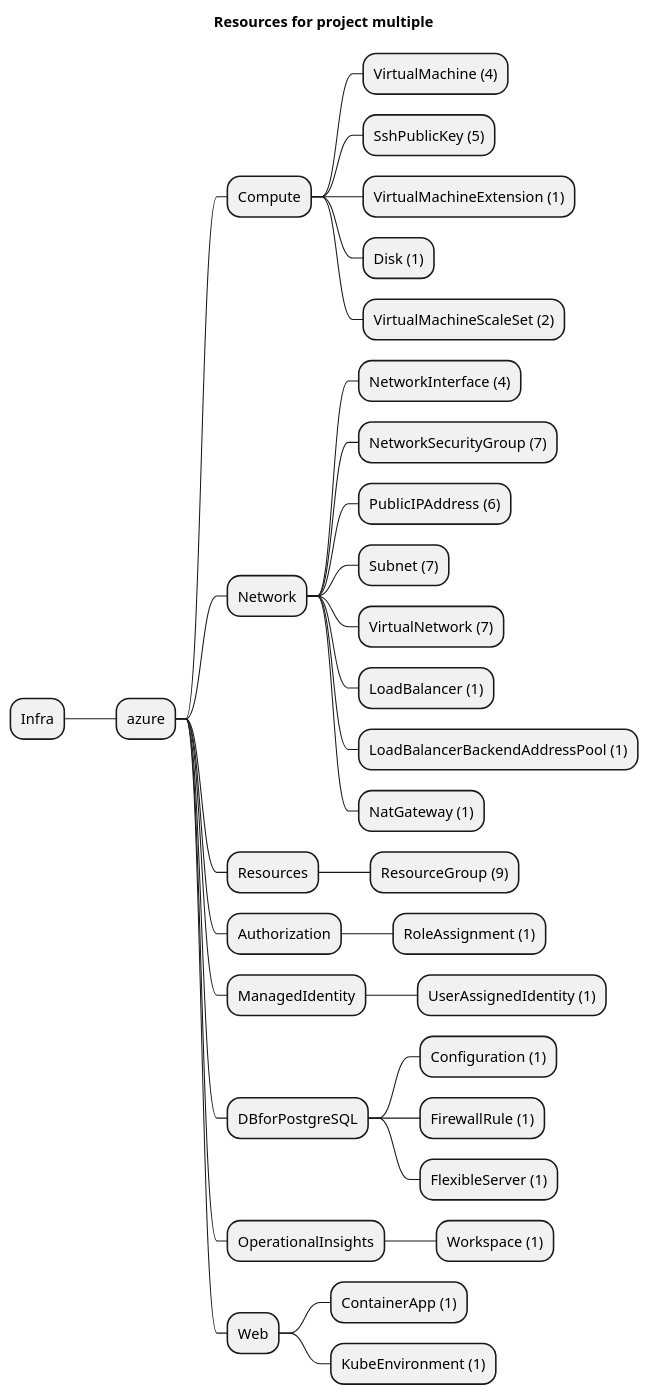
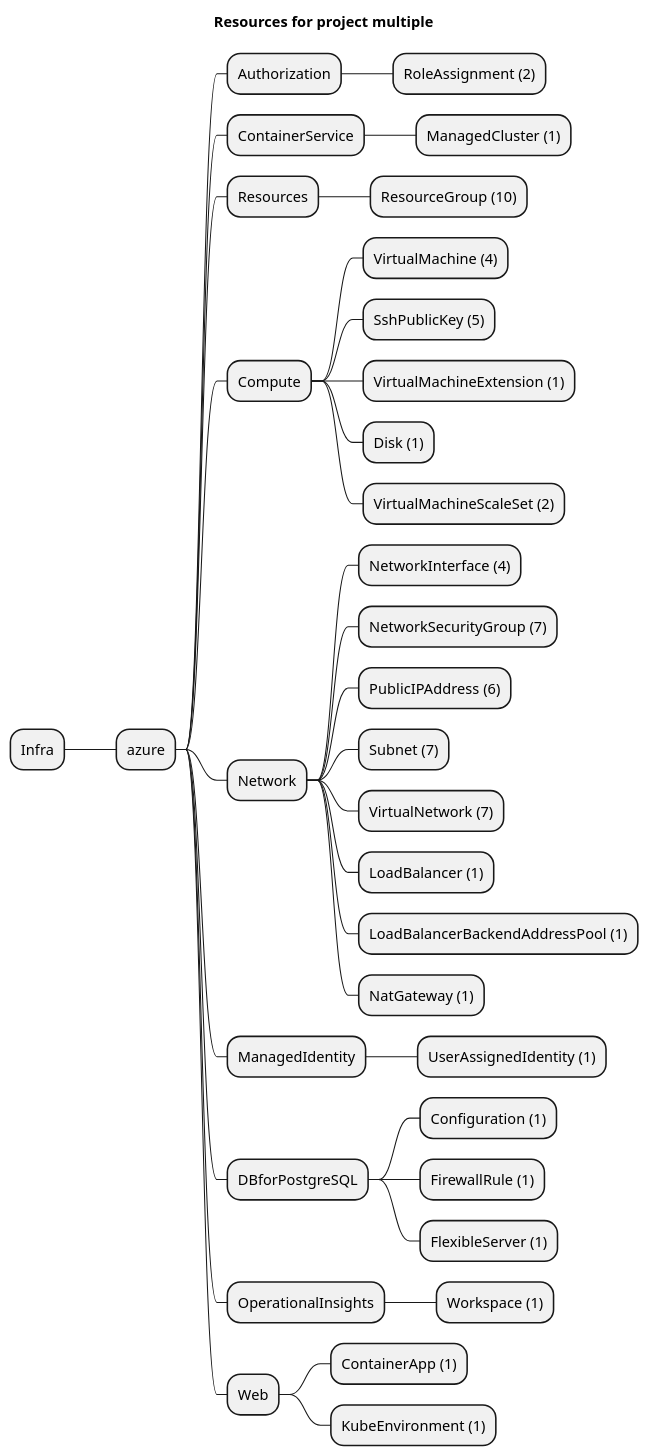
Before and after one commit to grucloud/grucloud: the diagram in examples/azure/multiple/artifacts/resources-mindmap.puml, drawn with PlantUML. The commit also changed 45 other files, not shown here.

Commit message:
ManagedCluster LoadBalancer

```diff
--- a/examples/azure/multiple/artifacts/resources-mindmap.puml
+++ b/examples/azure/multiple/artifacts/resources-mindmap.puml
@@ -1,36 +1,38 @@
 @startmindmap
 title Resources for project multiple
 skinparam monochrome true
 + Infra
 ++ azure
++++ Authorization
+++++ RoleAssignment (2)
++++ ContainerService
+++++ ManagedCluster (1)
++++ Resources
+++++ ResourceGroup (10)
 +++ Compute
 ++++ VirtualMachine (4)
 ++++ SshPublicKey (5)
 ++++ VirtualMachineExtension (1)
 ++++ Disk (1)
 ++++ VirtualMachineScaleSet (2)
 +++ Network
 ++++ NetworkInterface (4)
 ++++ NetworkSecurityGroup (7)
 ++++ PublicIPAddress (6)
 ++++ Subnet (7)
 ++++ VirtualNetwork (7)
 ++++ LoadBalancer (1)
 ++++ LoadBalancerBackendAddressPool (1)
 ++++ NatGateway (1)
-+++ Resources
-++++ ResourceGroup (9)
-+++ Authorization
-++++ RoleAssignment (1)
 +++ ManagedIdentity
 ++++ UserAssignedIdentity (1)
 +++ DBforPostgreSQL
 ++++ Configuration (1)
 ++++ FirewallRule (1)
 ++++ FlexibleServer (1)
 +++ OperationalInsights
 ++++ Workspace (1)
 +++ Web
 ++++ ContainerApp (1)
 ++++ KubeEnvironment (1)
 @endmindmap
```
